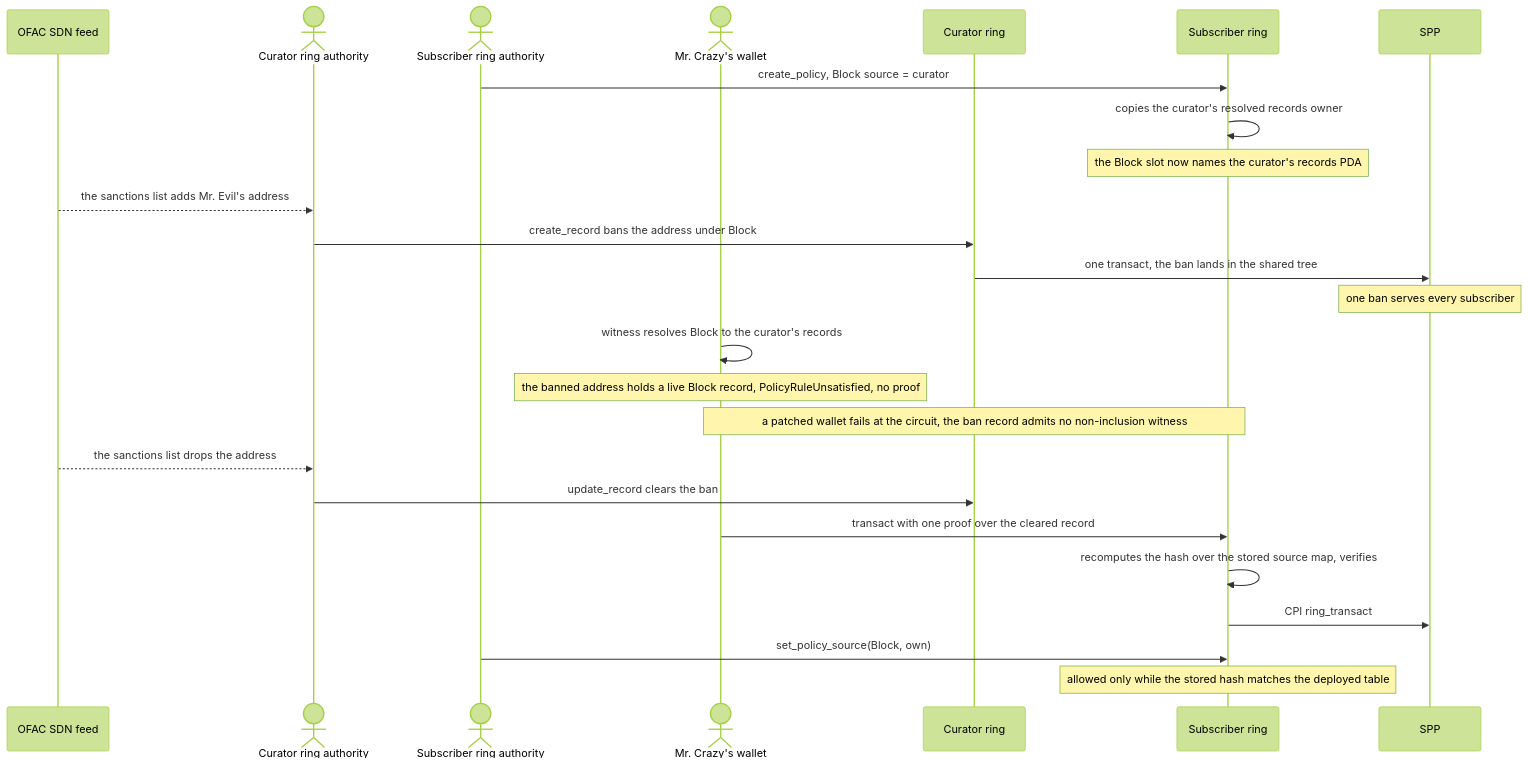
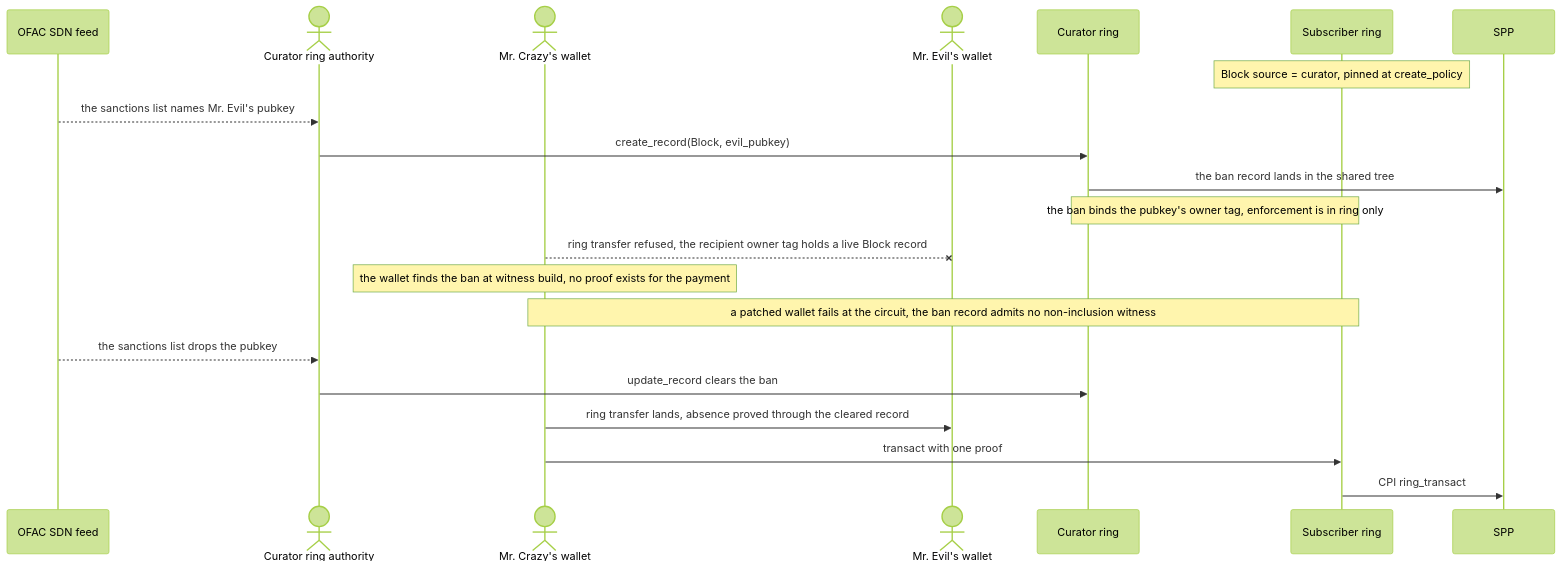
The diagram in docs/diagrams/ring-policy-ofac-example.mmd (helius-labs/zolana), drawn with Mermaid (forest theme) before and after one commit.

Commit message:
docs: point the refused transfer at the banned recipient

```diff
--- a/docs/diagrams/ring-policy-ofac-example.mmd
+++ b/docs/diagrams/ring-policy-ofac-example.mmd
@@ -1,30 +1,25 @@
 sequenceDiagram
     participant OFAC as OFAC SDN feed
     actor Curator as Curator ring authority
-    actor Sub as Subscriber ring authority
     actor Crazy as Mr. Crazy's wallet
+    actor Evil as Mr. Evil's wallet
     participant CurRing as Curator ring
     participant SubRing as Subscriber ring
     participant SPP
 
-    Sub->>SubRing: create_policy, Block source = curator
-    SubRing->>SubRing: copies the curator's resolved records owner
-    Note over SubRing: the Block slot now names the curator's records PDA
+    Note over SubRing: Block source = curator, pinned at create_policy
 
-    OFAC-->>Curator: the sanctions list adds Mr. Evil's address
-    Curator->>CurRing: create_record bans the address under Block
-    CurRing->>SPP: one transact, the ban lands in the shared tree
-    Note over SPP: one ban serves every subscriber
+    OFAC-->>Curator: the sanctions list names Mr. Evil's pubkey
+    Curator->>CurRing: create_record(Block, evil_pubkey)
+    CurRing->>SPP: the ban record lands in the shared tree
+    Note over CurRing,SubRing: the ban binds the pubkey's owner tag, enforcement is in ring only
 
-    Crazy->>Crazy: witness resolves Block to the curator's records
-    Note over Crazy: the banned address holds a live Block record, PolicyRuleUnsatisfied, no proof
+    Crazy--xEvil: ring transfer refused, the recipient owner tag holds a live Block record
+    Note over Crazy: the wallet finds the ban at witness build, no proof exists for the payment
     Note over Crazy,SubRing: a patched wallet fails at the circuit, the ban record admits no non-inclusion witness
 
-    OFAC-->>Curator: the sanctions list drops the address
+    OFAC-->>Curator: the sanctions list drops the pubkey
     Curator->>CurRing: update_record clears the ban
-    Crazy->>SubRing: transact with one proof over the cleared record
-    SubRing->>SubRing: recomputes the hash over the stored source map, verifies
+    Crazy->>Evil: ring transfer lands, absence proved through the cleared record
+    Crazy->>SubRing: transact with one proof
     SubRing->>SPP: CPI ring_transact
-
-    Sub->>SubRing: set_policy_source(Block, own)
-    Note over SubRing: allowed only while the stored hash matches the deployed table
```
